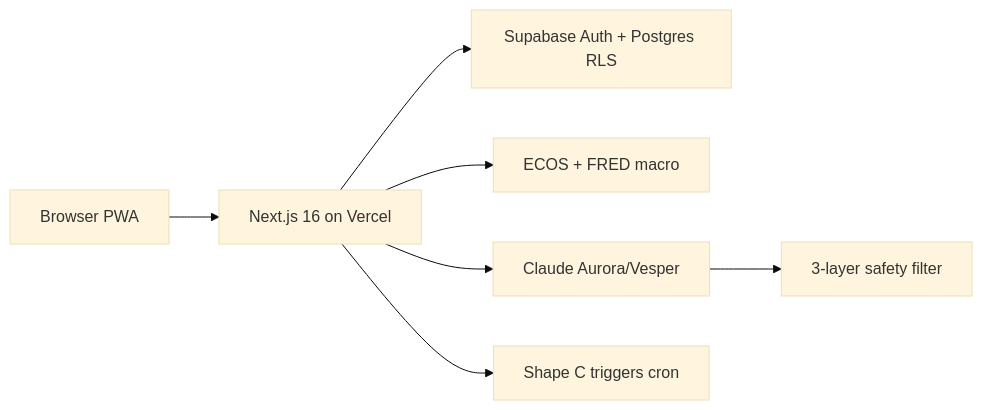
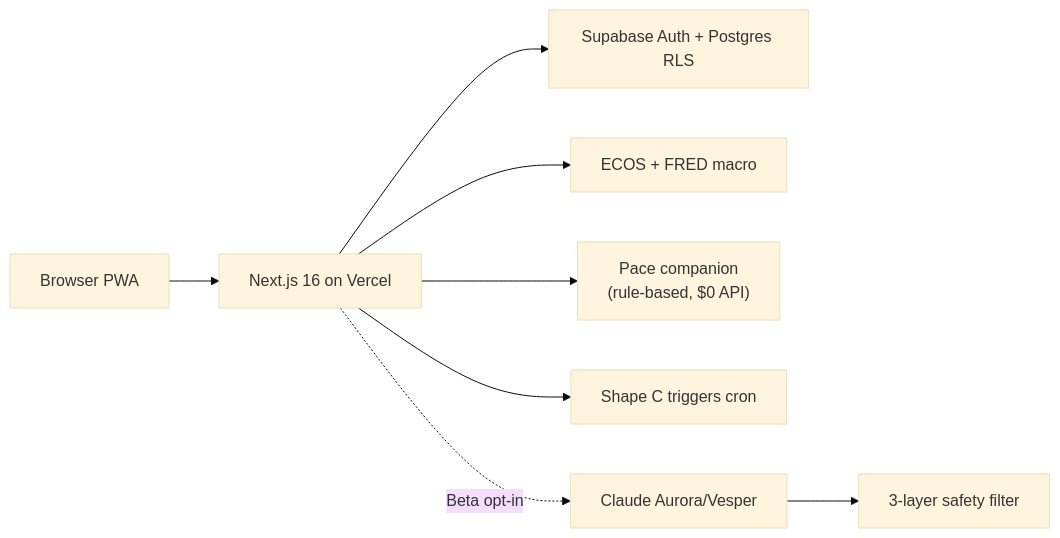
One commit to rayleighko/cohort changed the diagram in README.md. Above: the diagram before and after it, drawn with Mermaid (base theme). The commit also changed other lines of this file and 26 other files, not shown here.

First line of the commit message:
feat(v2): zero-cost pace companion + IPS migration draft

````diff
--- a/README.md
+++ b/README.md
@@ -14,9 +14,10 @@
 ```mermaid
 flowchart LR
   User["Browser PWA"] --> Next["Next.js 16 on Vercel"]
   Next --> Supa["Supabase Auth + Postgres RLS"]
   Next --> Macro["ECOS + FRED macro"]
-  Next --> AI["Claude Aurora/Vesper"]
+  Next --> Companion["Pace companion\n(rule-based, $0 API)"]
   Next --> Cron["Shape C triggers cron"]
+  Next -.->|"Beta opt-in"| AI["Claude Aurora/Vesper"]
   AI --> Safety["3-layer safety filter"]
 ```
````
